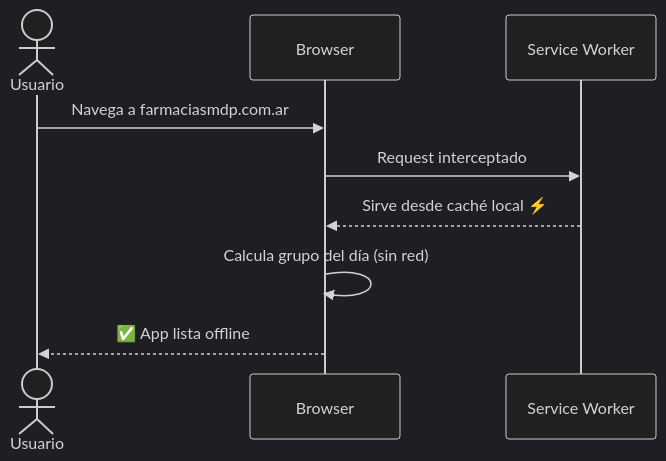
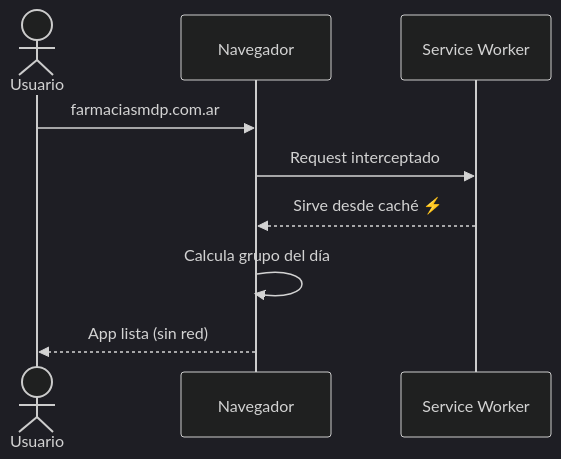
Before and after one commit to psbella/turnos: the fourth of 6 diagrams in README.md, drawn with Mermaid (dark theme). The commit also changed other lines of this file, not shown here.

````diff
--- a/README.md
+++ b/README.md
@@ -249,12 +198,12 @@
 ```mermaid
 sequenceDiagram
     actor U as Usuario
-    participant B as Browser
+    participant B as Navegador
     participant SW as Service Worker
 
-    U->>B: Navega a farmaciasmdp.com.ar
+    U->>B: farmaciasmdp.com.ar
     B->>SW: Request interceptado
-    SW-->>B: Sirve desde caché local ⚡
-    B->>B: Calcula grupo del día (sin red)
-    B-->>U: ✅ App lista offline
+    SW-->>B: Sirve desde caché ⚡
+    B->>B: Calcula grupo del día
+    B-->>U: App lista (sin red)
 ```
````
